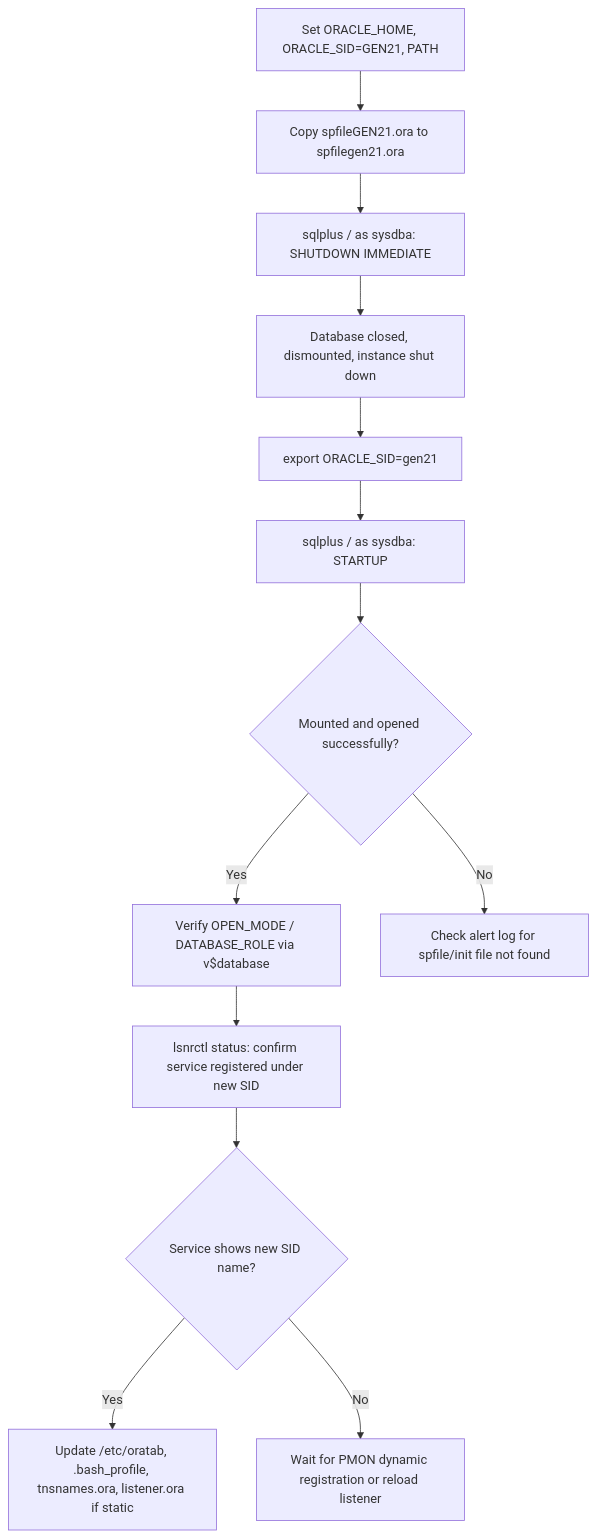
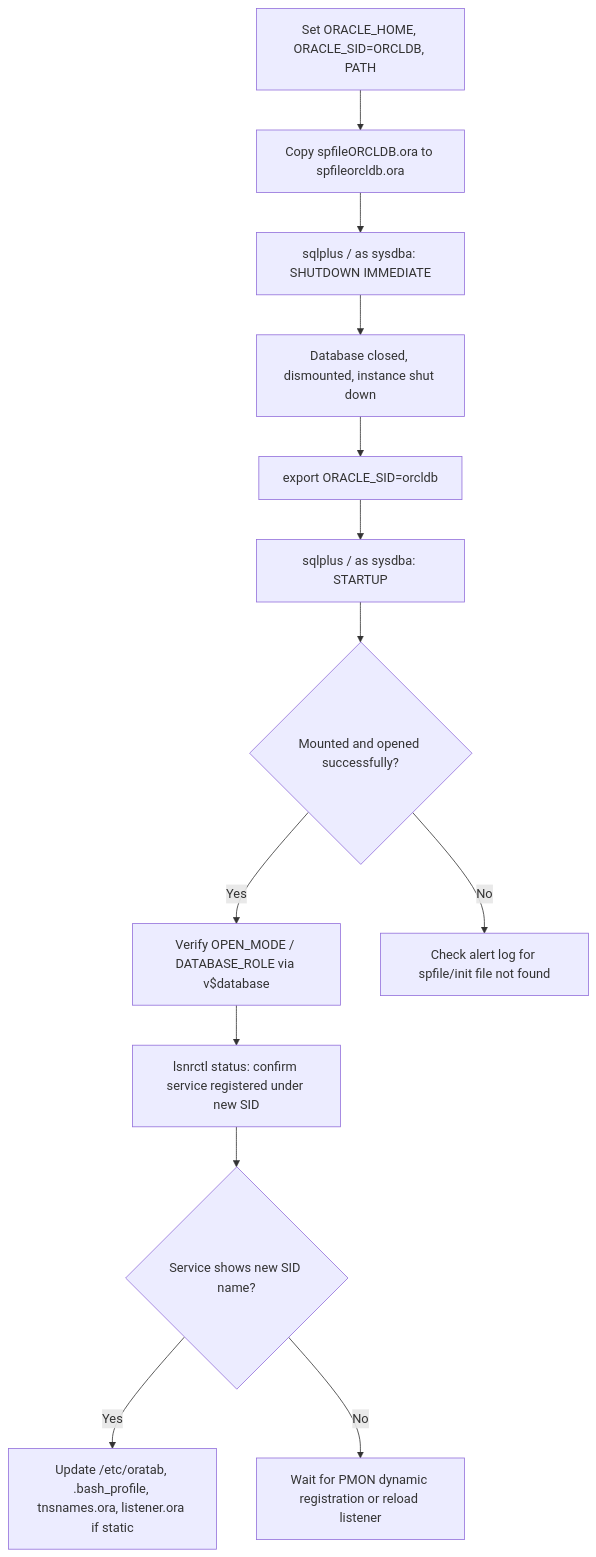
Before and after one commit to seeomkus/oracle-notes: the diagram in change-oracle-sid-running-database.md, drawn with Mermaid. The commit also changed other lines of this file, not shown here.

Commit message:
Anonymize SID naming in change-oracle-sid-running-database.md to ORCLDB/orcldb

````diff
--- a/change-oracle-sid-running-database.md
+++ b/change-oracle-sid-running-database.md
@@ -28,15 +28,15 @@
 ```mermaid
 flowchart TD
-    A[Set ORACLE_HOME, ORACLE_SID=GEN21, PATH] --> B[Copy spfileGEN21.ora to spfilegen21.ora]
+    A[Set ORACLE_HOME, ORACLE_SID=ORCLDB, PATH] --> B[Copy spfileORCLDB.ora to spfileorcldb.ora]
     B --> C[sqlplus / as sysdba: SHUTDOWN IMMEDIATE]
     C --> D[Database closed, dismounted, instance shut down]
-    D --> E[export ORACLE_SID=gen21]
+    D --> E[export ORACLE_SID=orcldb]
     E --> F[sqlplus / as sysdba: STARTUP]
     F --> G{Mounted and opened successfully?}
     G -->|Yes| H[Verify OPEN_MODE / DATABASE_ROLE via v$database]
     G -->|No| I[Check alert log for spfile/init file not found]
     H --> J[lsnrctl status: confirm service registered under new SID]
     J --> K{Service shows new SID name?}
     K -->|Yes| L[Update /etc/oratab, .bash_profile, tnsnames.ora, listener.ora if static]
     K -->|No| M[Wait for PMON dynamic registration or reload listener]
 ```
````
